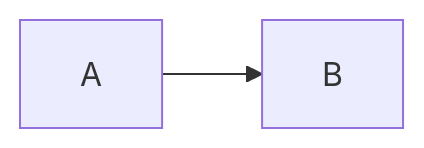
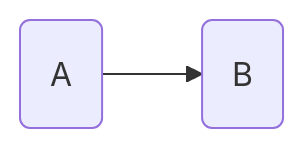
One commit to trafalmadorian97/mecfs_bioinformatics changed the first of 4 diagrams in docs/Bioinformatics_Concepts/Population_Stratification.md. Above: the diagram before and after it, drawn with Mermaid. The commit also changed other lines of this file, not shown here.

````diff
--- a/docs/Bioinformatics_Concepts/Population_Stratification.md
+++ b/docs/Bioinformatics_Concepts/Population_Stratification.md
@@ -10,4 +11,4 @@
 ``` mermaid
 graph LR
-A --> B;
+A(A) --> B(B);
 ```
````
